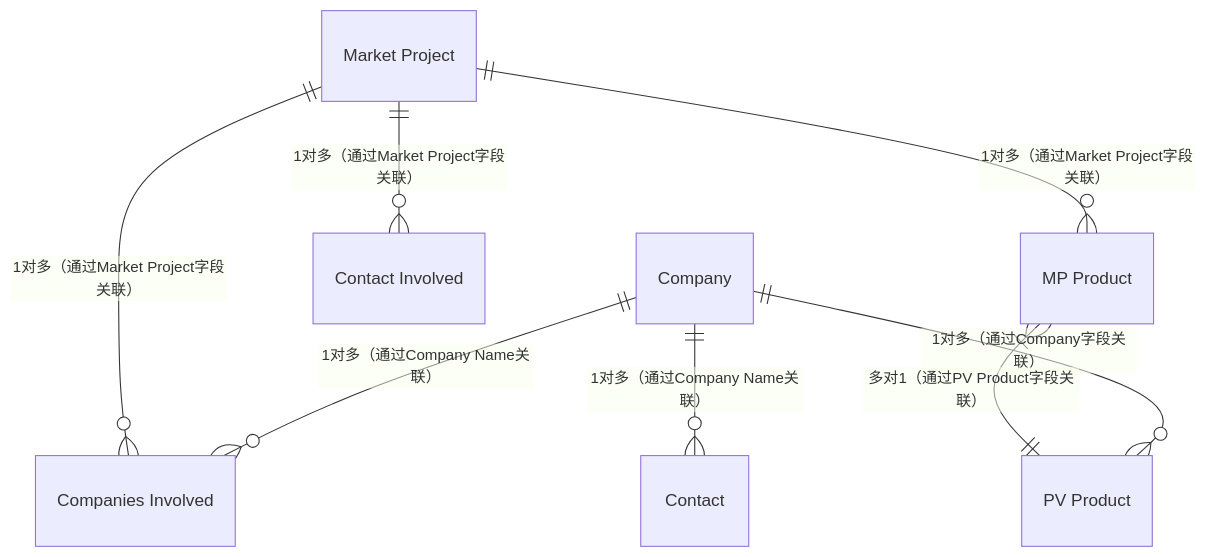
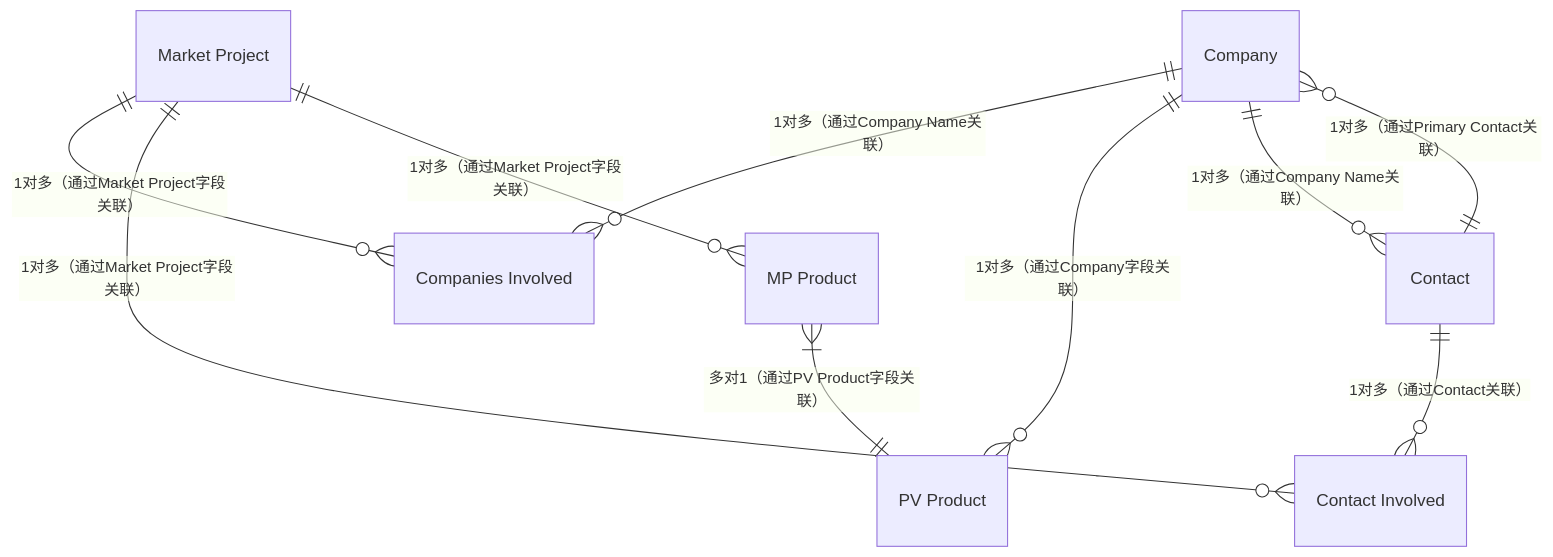
Before and after one commit to zhangziru-33/iodraw-files: the diagram in all/Norden数据E-R图.md, drawn with Mermaid.

Commit message:
2025-12-04 13:26:18 update

````diff
--- a/all/Norden数据E-R图.md
+++ b/all/Norden数据E-R图.md
@@ -1,15 +1,17 @@
 ```mermaid
 %% {init: {'theme': 'base', 'themeVariables': {'background': '#ffffff'}}}%%
 erDiagram
 
     Company ||--o{ "Companies Involved" : "1对多（通过Company Name关联）"
     Company ||--o{ "PV Product" : "1对多（通过Company字段关联）"
     Company ||--o{ "Contact" : "1对多（通过Company Name关联）"
     
     "Market Project" ||--o{ "Companies Involved" : "1对多（通过Market Project字段关联）"
     "Market Project" ||--o{ "Contact Involved" : "1对多（通过Market Project字段关联）"
     "Market Project" ||--o{ "MP Product" : "1对多（通过Market Project字段关联）"
+
     "MP Product" }|--|| "PV Product" : "多对1（通过PV Product字段关联）"
-    
+    Contact ||--o{ "Contact Involved" : "1对多（通过Contact关联）"
+    Contact ||--o{ "Company" : "1对多（通过Primary Contact关联）"
 
 ```
````
